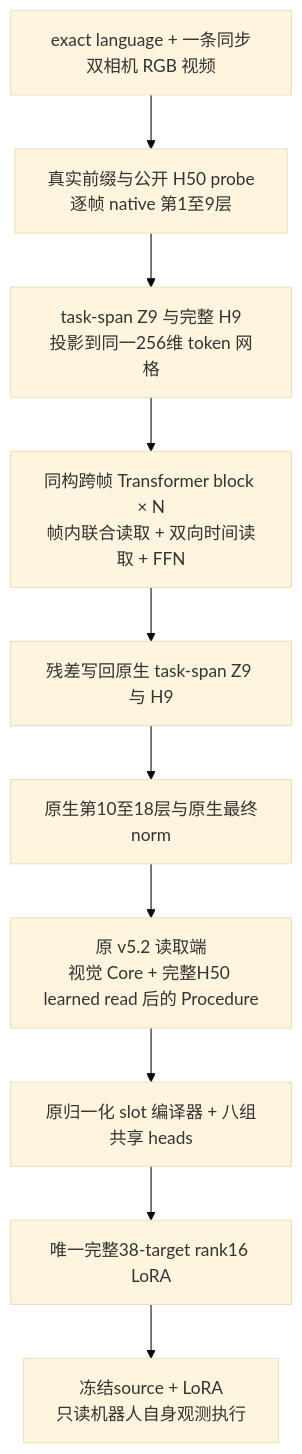
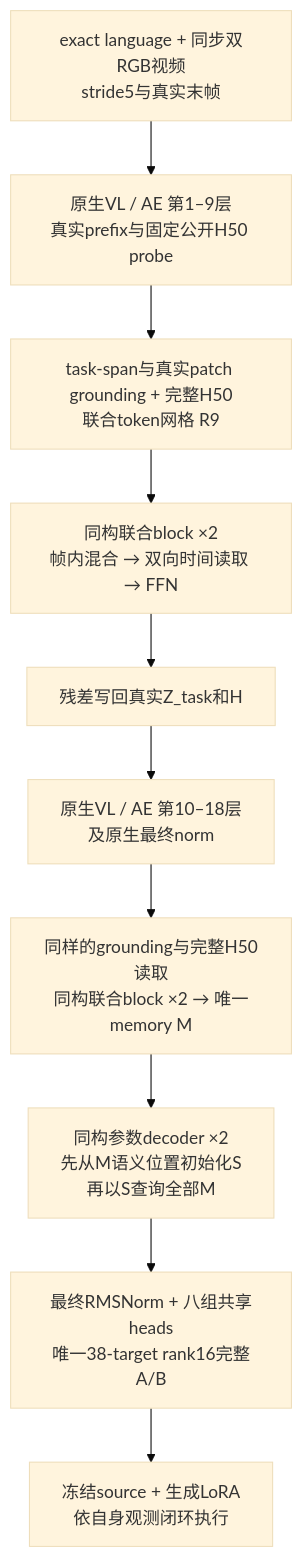
The diagram in docs/v52_evidence_based_writer_design.md (LinFyM/EMBER), drawn with Mermaid (base theme) before and after one commit. The commit also changed other lines of this file and 7 other files, not shown here.

Commit message:
docs: unify native video Writer architecture and design rationale

````diff
--- a/docs/v52_evidence_based_writer_design.md
+++ b/docs/v52_evidence_based_writer_design.md
@@ -196,12 +278,12 @@
 ```mermaid
 flowchart TD
-  A[exact language + 一条同步双相机 RGB 视频] --> B[真实前缀与公开 H50 probe<br/>逐帧 native 第1至9层]
-  B --> C[task-span Z9 与完整 H9<br/>投影到同一256维 token 网格]
-  C --> D[同构跨帧 Transformer block × N<br/>帧内联合读取 + 双向时间读取 + FFN]
-  D --> E[残差写回原生 task-span Z9 与 H9]
-  E --> F[原生第10至18层与原生最终norm]
-  F --> G[原 v5.2 读取端<br/>视觉 Core + 完整H50 learned read 后的 Procedure]
-  G --> H[原归一化 slot 编译器 + 八组共享 heads]
-  H --> I[唯一完整38-target rank16 LoRA]
-  I --> J[冻结source + LoRA<br/>只读机器人自身观测执行]
+  A[exact language + 同步双RGB视频<br/>stride5与真实末帧] --> B[原生VL / AE 第1–9层<br/>真实prefix与固定公开H50 probe]
+  B --> C[task-span与真实patch grounding + 完整H50<br/>联合token网格 R9]
+  C --> D[同构联合block ×2<br/>帧内混合 → 双向时间读取 → FFN]
+  D --> E[残差写回真实Z_task和H]
+  E --> F[原生VL / AE 第10–18层<br/>及原生最终norm]
+  F --> G[同样的grounding与完整H50读取<br/>同构联合block ×2 → 唯一memory M]
+  G --> H[同构参数decoder ×2<br/>先从M语义位置初始化S<br/>再以S查询全部M]
+  H --> I[最终RMSNorm + 八组共享heads<br/>唯一38-target rank16完整A/B]
+  I --> J[冻结source + 生成LoRA<br/>依自身观测闭环执行]
 ```
````
